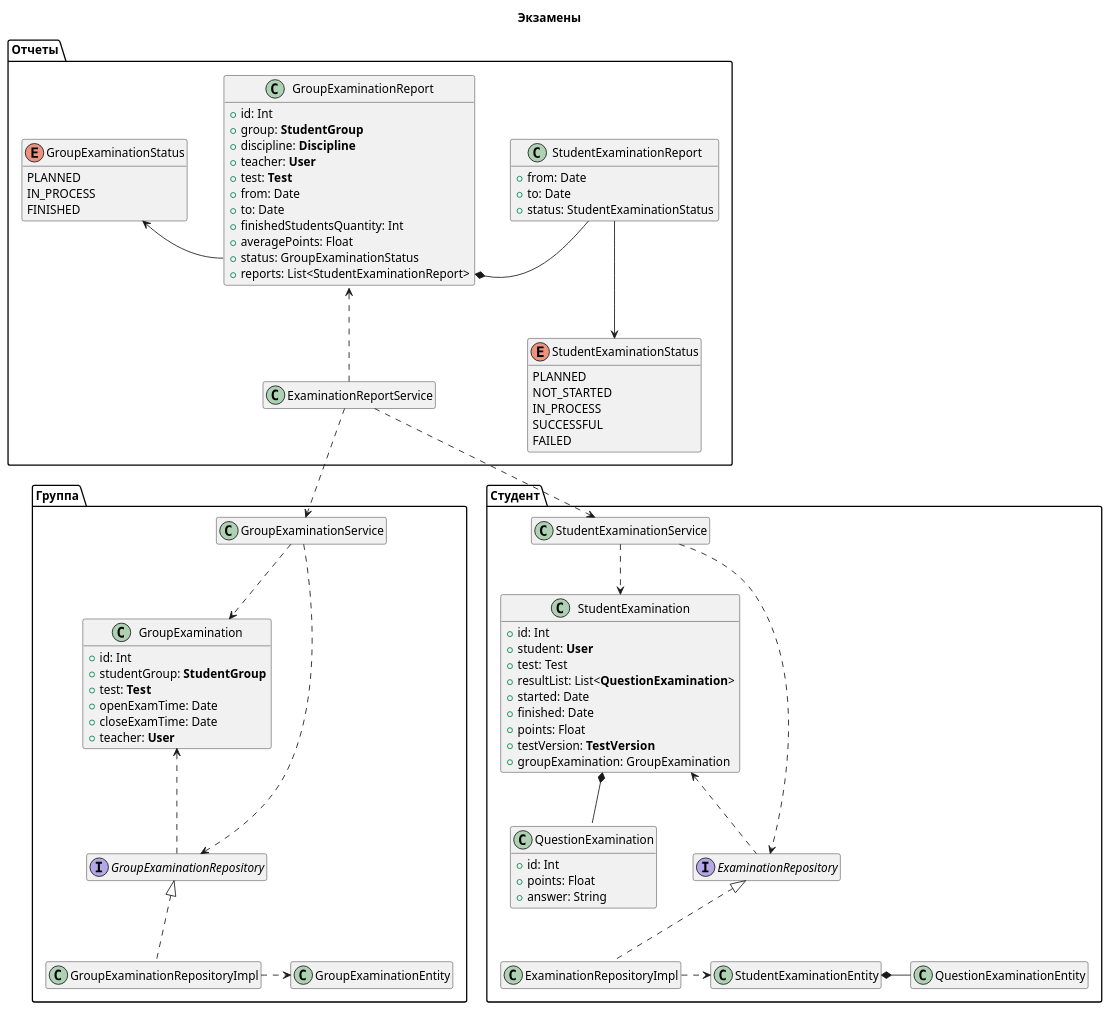
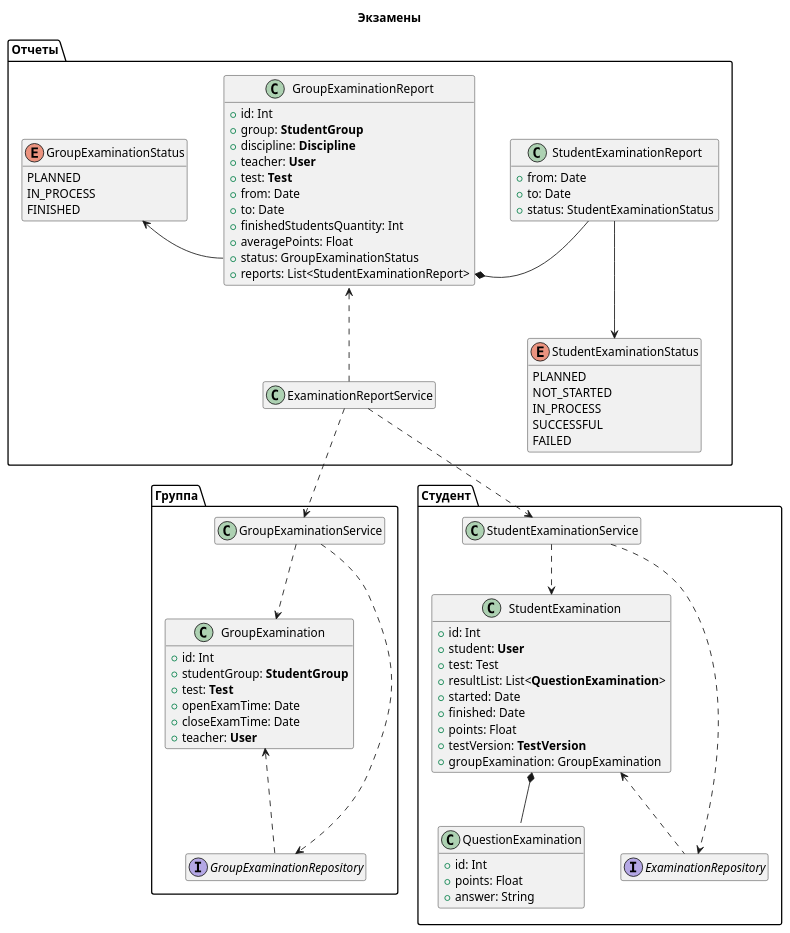
One commit to hyposun/deppplom changed the diagram in src/main/docs/classes_examination.puml. Above: the diagram before and after it, drawn with PlantUML. The commit also changed 7 other files, not shown here.

```diff
--- a/src/main/docs/classes_examination.puml
+++ b/src/main/docs/classes_examination.puml
@@ -1,119 +1,119 @@
 @startuml
 
 hide empty members
 allowmixing
 
 title "Экзамены"
 
 package "Группа" {
 
     class GroupExaminationService
     class GroupExamination {
         + id: Int
         + studentGroup: <b>StudentGroup</b>
         + test: <b>Test</b>
         + openExamTime: Date
         + closeExamTime: Date
         + teacher: <b>User</b>
     }
 
     GroupExaminationService ..> GroupExamination
     GroupExaminationService ..> GroupExaminationRepository
 
     interface GroupExaminationRepository
     GroupExamination <.. GroupExaminationRepository
 
-    class GroupExaminationRepositoryImpl implements GroupExaminationRepository
-    class GroupExaminationEntity
-    GroupExaminationRepositoryImpl .> GroupExaminationEntity
+'    class GroupExaminationRepositoryImpl implements GroupExaminationRepository
+'    class GroupExaminationEntity
+'    GroupExaminationRepositoryImpl .> GroupExaminationEntity
 
 }
 
 package "Студент" {
 
     class StudentExaminationService
 
     class QuestionExamination {
         + id: Int
         + points: Float
         + answer: String
     }
 
     class StudentExamination {
         + id: Int
         + student: <b>User</b>
         + test: Test
         + resultList: List<<b>QuestionExamination</b>>
         + started: Date
         + finished: Date
         + points: Float
         + testVersion: <b>TestVersion</b>
         + groupExamination: GroupExamination
     }
 
     interface ExaminationRepository
 
     StudentExaminationService ..> StudentExamination
     StudentExamination *-- QuestionExamination::resultList
 
     StudentExaminationService ..> ExaminationRepository
     StudentExamination <.. ExaminationRepository
 
-    class ExaminationRepositoryImpl implements ExaminationRepository
-    class StudentExaminationEntity
-    class QuestionExaminationEntity
-    ExaminationRepositoryImpl .> StudentExaminationEntity
-    StudentExaminationEntity *- QuestionExaminationEntity
+'    class ExaminationRepositoryImpl implements ExaminationRepository
+'    class StudentExaminationEntity
+'    class QuestionExaminationEntity
+'    ExaminationRepositoryImpl .> StudentExaminationEntity
+'    StudentExaminationEntity *- QuestionExaminationEntity
 
 }
 
 package "Отчеты" {
 
     class ExaminationReportService
     ExaminationReportService ..> GroupExaminationService
     ExaminationReportService ..> StudentExaminationService
 
     enum GroupExaminationStatus {
         PLANNED
         IN_PROCESS
         FINISHED
     }
 
     class GroupExaminationReport {
         + id: Int
         + group: <b>StudentGroup</b>
         + discipline: <b>Discipline</b>
         + teacher: <b>User</b>
         + test: <b>Test</b>
         + from: Date
         + to: Date
         + finishedStudentsQuantity: Int
         + averagePoints: Float
         + status: GroupExaminationStatus
         + reports: List<StudentExaminationReport>
     }
 
     GroupExaminationReport <.. ExaminationReportService
     GroupExaminationStatus <- GroupExaminationReport::status
 
     class StudentExaminationReport {
         + from: Date
         + to: Date
         + status: StudentExaminationStatus
     }
 
     enum StudentExaminationStatus {
         PLANNED
         NOT_STARTED
         IN_PROCESS
         SUCCESSFUL
         FAILED
     }
 
     StudentExaminationReport --> StudentExaminationStatus
     GroupExaminationReport::reports *- StudentExaminationReport
 
 }
 
 
 @enduml
```
